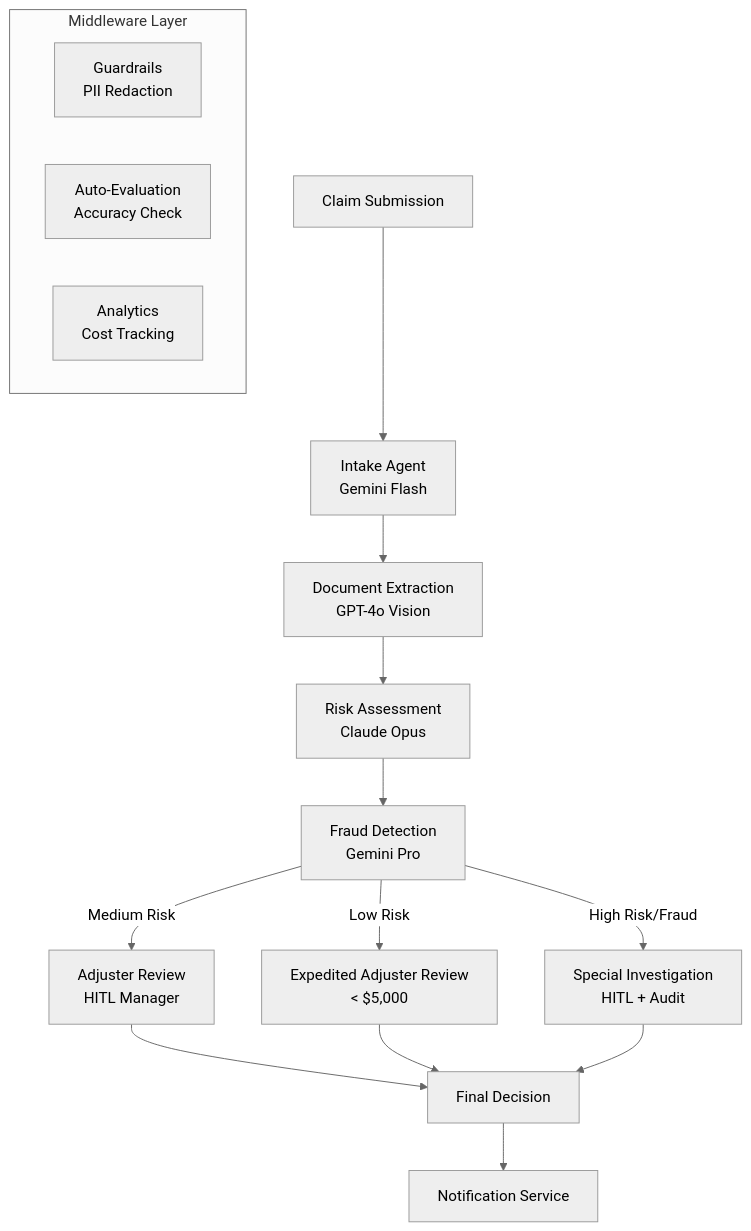
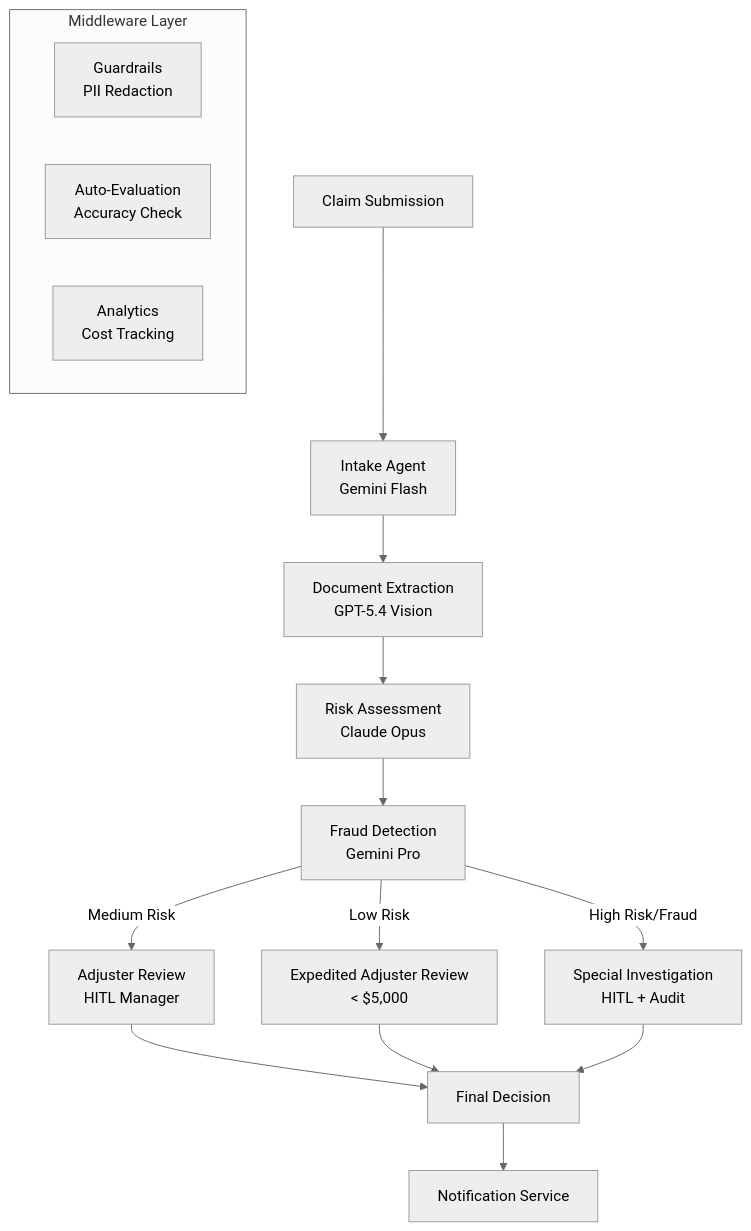
The diagram in _posts/2025-11-08-ai-claims-processing-insurance.md (juspay/neurolink-blog), drawn with Mermaid (neutral theme) before and after one commit. The commit also changed other lines of this file and 172 other files, not shown here.

````diff
--- a/_posts/2025-11-08-ai-claims-processing-insurance.md
+++ b/_posts/2025-11-08-ai-claims-processing-insurance.md
@@ -38,23 +38,23 @@
 ```mermaid
 flowchart TB
     Claim[Claim Submission] --> Intake[Intake Agent<br/>Gemini Flash]
-    Intake --> DocExtract[Document Extraction<br/>GPT-4o Vision]
+    Intake --> DocExtract[Document Extraction<br/>GPT-5.4 Vision]
     DocExtract --> RiskAssess[Risk Assessment<br/>Claude Opus]
     RiskAssess --> FraudCheck[Fraud Detection<br/>Gemini Pro]
 
     FraudCheck -->|Low Risk| AutoApprove[Expedited Adjuster Review<br/>< $5,000]
     FraudCheck -->|Medium Risk| AdjusterReview[Adjuster Review<br/>HITL Manager]
     FraudCheck -->|High Risk/Fraud| SIU[Special Investigation<br/>HITL + Audit]
 
     AdjusterReview --> Decision[Final Decision]
     AutoApprove --> Decision
     SIU --> Decision
 
     Decision --> Notify[Notification Service]
 
     subgraph Middleware Layer
         Guard[Guardrails<br/>PII Redaction]
         Eval[Auto-Evaluation<br/>Accuracy Check]
         Analytics[Analytics<br/>Cost Tracking]
     end
 ```
````
